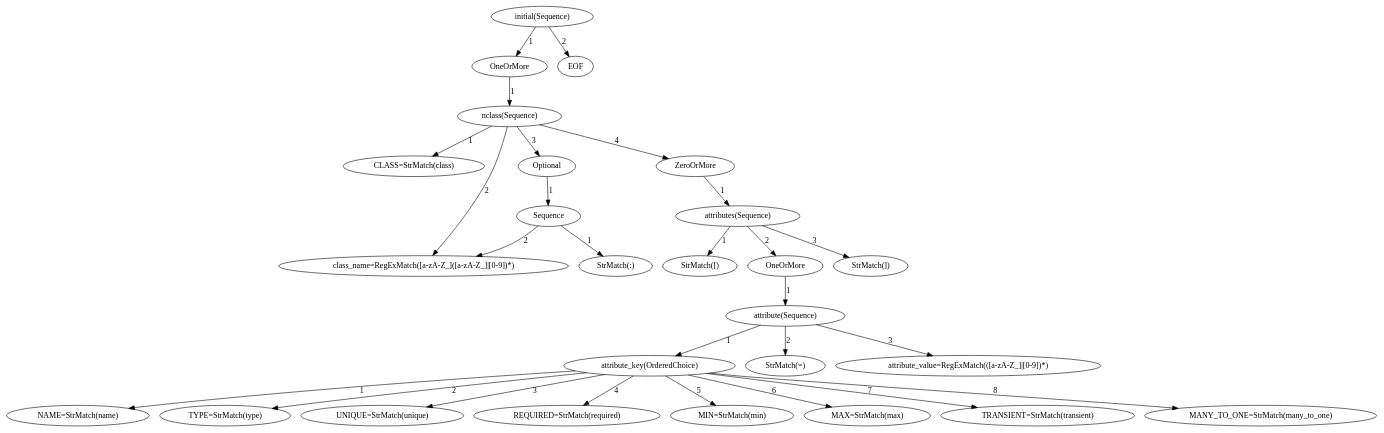
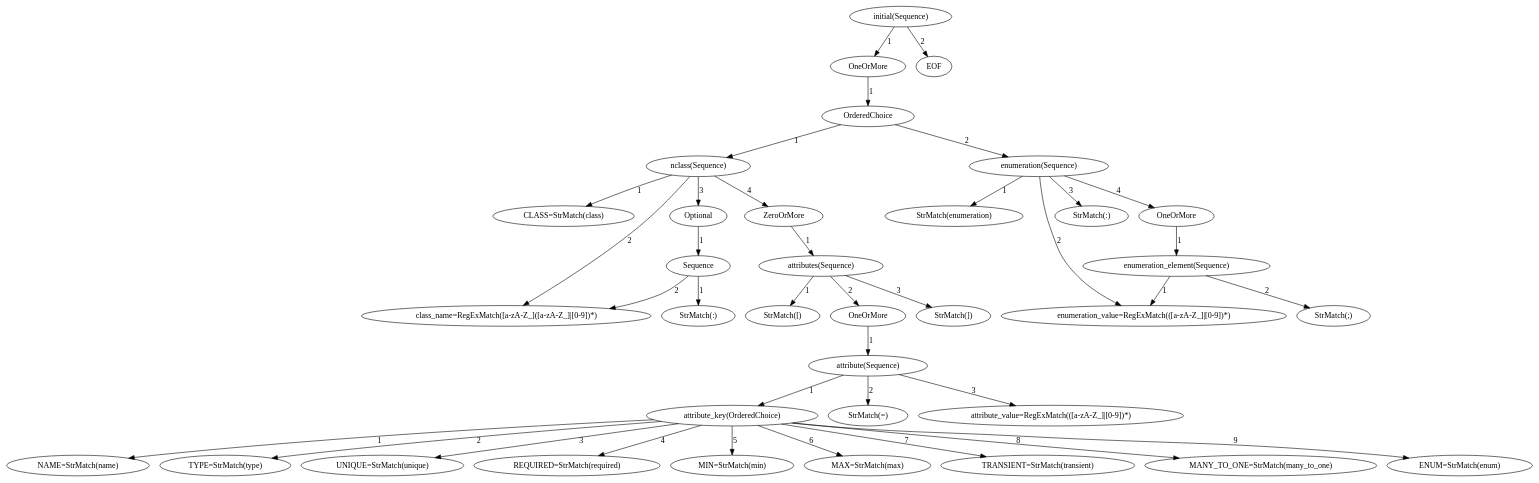
The diagram in initial_parser_model.dot (dusanmaric90/WebApp), drawn with Graphviz before and after one commit. The commit also changed 9 other files, not shown here.

```diff
--- a/initial_parser_model.dot
+++ b/initial_parser_model.dot
@@ -1,80 +1,109 @@
 digraph arpeggio_graph {
-33289200 [label="initial(Sequence)"];
-33289200->33289168 [label="1"]
+34858672 [label="initial(Sequence)"];
+34858672->34858640 [label="1"]
 
-33289168 [label="OneOrMore"];
-33289168->33289360 [label="1"]
+34858640 [label="OneOrMore"];
+34858640->34858736 [label="1"]
 
-33289360 [label="nclass(Sequence)"];
-33289360->33289456 [label="1"]
+34858736 [label="OrderedChoice"];
+34858736->34858896 [label="1"]
 
-33289456 [label="CLASS=StrMatch(class)"];
-33289360->33289584 [label="2"]
+34858896 [label="nclass(Sequence)"];
+34858896->34858992 [label="1"]
 
-33289584 [label="class_name=RegExMatch([a-zA-Z_]([a-zA-Z_]|[0-9])*)"];
-33289360->33289296 [label="3"]
+34858992 [label="CLASS=StrMatch(class)"];
+34858896->34859120 [label="2"]
 
-33289296 [label="Optional"];
-33289296->33291376 [label="1"]
+34859120 [label="class_name=RegExMatch([a-zA-Z_]([a-zA-Z_]|[0-9])*)"];
+34858896->34858832 [label="3"]
 
-33291376 [label="Sequence"];
-33291376->33291344 [label="1"]
+34858832 [label="Optional"];
+34858832->34860912 [label="1"]
 
-33291344 [label="StrMatch(:)"];
-33291376->33289584 [label="2"]
+34860912 [label="Sequence"];
+34860912->34860880 [label="1"]
 
-33289360->33289328 [label="4"]
+34860880 [label="StrMatch(:)"];
+34860912->34859120 [label="2"]
 
-33289328 [label="ZeroOrMore"];
-33289328->33291408 [label="1"]
+34858896->34858864 [label="4"]
 
-33291408 [label="attributes(Sequence)"];
-33291408->33291536 [label="1"]
+34858864 [label="ZeroOrMore"];
+34858864->34861040 [label="1"]
 
-33291536 [label="StrMatch([)"];
-33291408->33291440 [label="2"]
+34861040 [label="attributes(Sequence)"];
+34861040->34926640 [label="1"]
 
-33291440 [label="OneOrMore"];
-33291440->33291632 [label="1"]
+34926640 [label="StrMatch([)"];
+34861040->34860976 [label="2"]
 
-33291632 [label="attribute(Sequence)"];
-33291632->33291760 [label="1"]
+34860976 [label="OneOrMore"];
+34860976->34926736 [label="1"]
 
-33291760 [label="attribute_key(OrderedChoice)"];
-33291760->33291824 [label="1"]
+34926736 [label="attribute(Sequence)"];
+34926736->34926832 [label="1"]
 
-33291824 [label="NAME=StrMatch(name)"];
-33291760->33291472 [label="2"]
+34926832 [label="attribute_key(OrderedChoice)"];
+34926832->34926928 [label="1"]
 
-33291472 [label="TYPE=StrMatch(type)"];
-33291760->33291568 [label="3"]
+34926928 [label="NAME=StrMatch(name)"];
+34926832->34927024 [label="2"]
 
-33291568 [label="UNIQUE=StrMatch(unique)"];
-33291760->33291920 [label="4"]
+34927024 [label="TYPE=StrMatch(type)"];
+34926832->34926896 [label="3"]
 
-33291920 [label="REQUIRED=StrMatch(required)"];
-33291760->33291952 [label="5"]
+34926896 [label="UNIQUE=StrMatch(unique)"];
+34926832->34927056 [label="4"]
 
-33291952 [label="MIN=StrMatch(min)"];
-33291760->33291984 [label="6"]
+34927056 [label="REQUIRED=StrMatch(required)"];
+34926832->34927088 [label="5"]
 
-33291984 [label="MAX=StrMatch(max)"];
-33291760->33292016 [label="7"]
+34927088 [label="MIN=StrMatch(min)"];
+34926832->34927120 [label="6"]
 
-33292016 [label="TRANSIENT=StrMatch(transient)"];
-33291760->33292048 [label="8"]
+34927120 [label="MAX=StrMatch(max)"];
+34926832->34927152 [label="7"]
 
-33292048 [label="MANY_TO_ONE=StrMatch(many_to_one)"];
-33291632->33291696 [label="2"]
+34927152 [label="TRANSIENT=StrMatch(transient)"];
+34926832->34927184 [label="8"]
 
-33291696 [label="StrMatch(=)"];
-33291632->33291728 [label="3"]
+34927184 [label="MANY_TO_ONE=StrMatch(many_to_one)"];
+34926832->34927216 [label="9"]
 
-33291728 [label="attribute_value=RegExMatch(([a-zA-Z_]|[0-9])*)"];
-33291408->33291600 [label="3"]
+34927216 [label="ENUM=StrMatch(enum)"];
+34926736->34861008 [label="2"]
 
-33291600 [label="StrMatch(])"];
-33289200->33292144 [label="2"]
+34861008 [label="StrMatch(=)"];
+34926736->34926800 [label="3"]
 
-33292144 [label="EOF"];
+34926800 [label="attribute_value=RegExMatch(([a-zA-Z_]|[0-9])*)"];
+34861040->34860944 [label="3"]
+
+34860944 [label="StrMatch(])"];
+34858736->34859024 [label="2"]
+
+34859024 [label="enumeration(Sequence)"];
+34859024->34926672 [label="1"]
+
+34926672 [label="StrMatch(enumeration)"];
+34859024->34926768 [label="2"]
+
+34926768 [label="enumeration_value=RegExMatch(([a-zA-Z_]|[0-9])*)"];
+34859024->34926992 [label="3"]
+
+34926992 [label="StrMatch(:)"];
+34859024->34858928 [label="4"]
+
+34858928 [label="OneOrMore"];
+34858928->34926864 [label="1"]
+
+34926864 [label="enumeration_element(Sequence)"];
+34926864->34926768 [label="1"]
+
+34926864->34927344 [label="2"]
+
+34927344 [label="StrMatch(;)"];
+34858672->34858800 [label="2"]
+
+34858800 [label="EOF"];
 }
```
